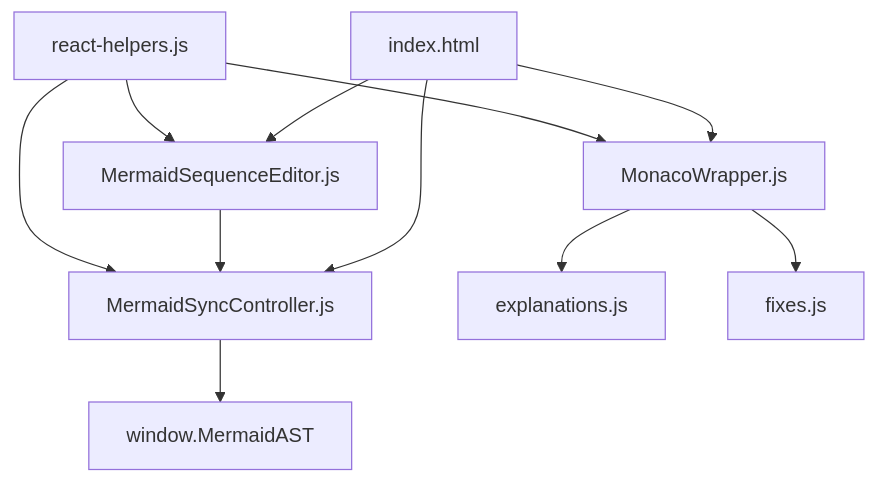
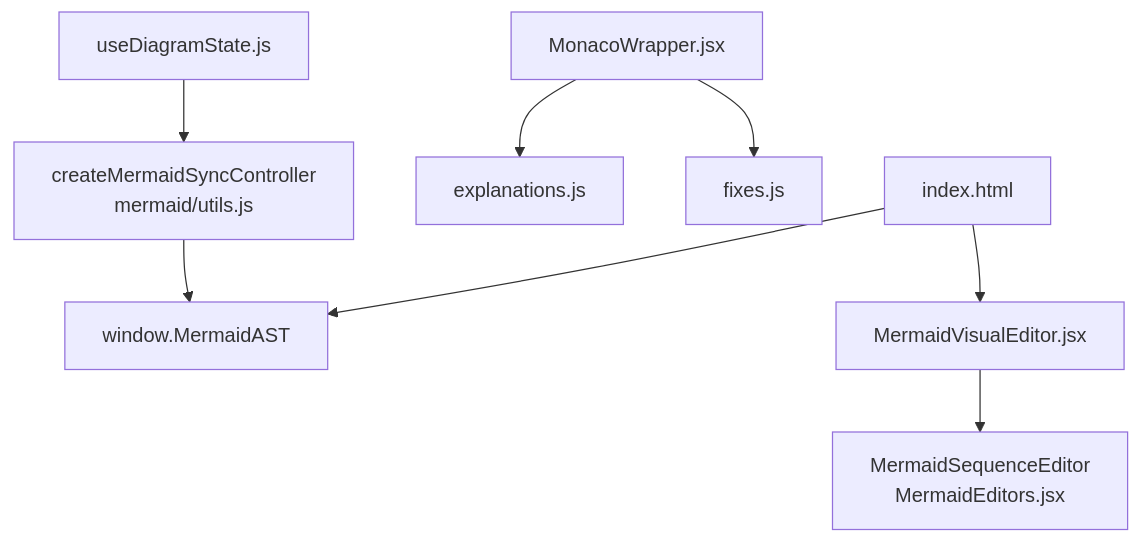
The eighth of 8 diagrams in .qoder/repowiki/en/content/Diagram Types and Formats/Mermaid Diagrams/Sequence Diagrams.md (ongchonghian/universal-diagram-editor), drawn with Mermaid before and after one commit. The commit also changed other lines of this file and 31 other files, not shown here.

````diff
--- a/.qoder/repowiki/en/content/Diagram Types and Formats/Mermaid Diagrams/Sequence Diagrams.md
+++ b/.qoder/repowiki/en/content/Diagram Types and Formats/Mermaid Diagrams/Sequence Diagrams.md
@@ -260,13 +242,10 @@
 ```mermaid
 graph TB
-ReactHelpers["react-helpers.js"] --> SeqEditor["MermaidSequenceEditor.js"]
-ReactHelpers --> SyncCtrl["MermaidSyncController.js"]
-ReactHelpers --> Monaco["MonacoWrapper.js"]
-SeqEditor --> SyncCtrl
+MVE["MermaidVisualEditor.jsx"] --> SeqEditor["MermaidSequenceEditor<br/>MermaidEditors.jsx"]
+UseState["useDiagramState.js"] --> SyncCtrl["createMermaidSyncController<br/>mermaid/utils.js"]
 SyncCtrl --> AST["window.MermaidAST"]
-Monaco --> Explanations["explanations.js"]
+Monaco["MonacoWrapper.jsx"] --> Explanations["explanations.js"]
 Monaco --> Fixes["fixes.js"]
-IndexHTML["index.html"] --> SeqEditor
-IndexHTML --> SyncCtrl
-IndexHTML --> Monaco
+IndexHTML["index.html"] --> AST
+IndexHTML --> MVE
 ```
````
